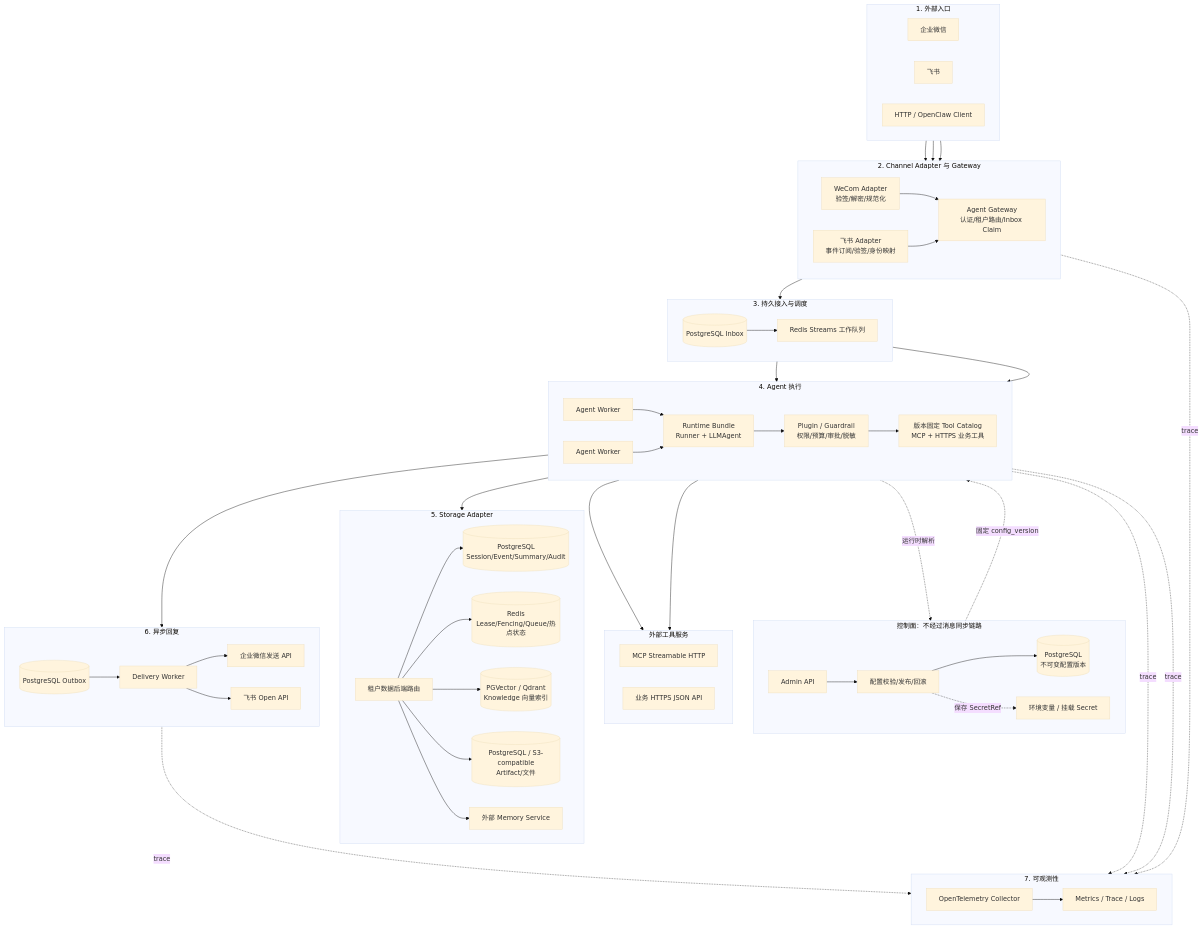
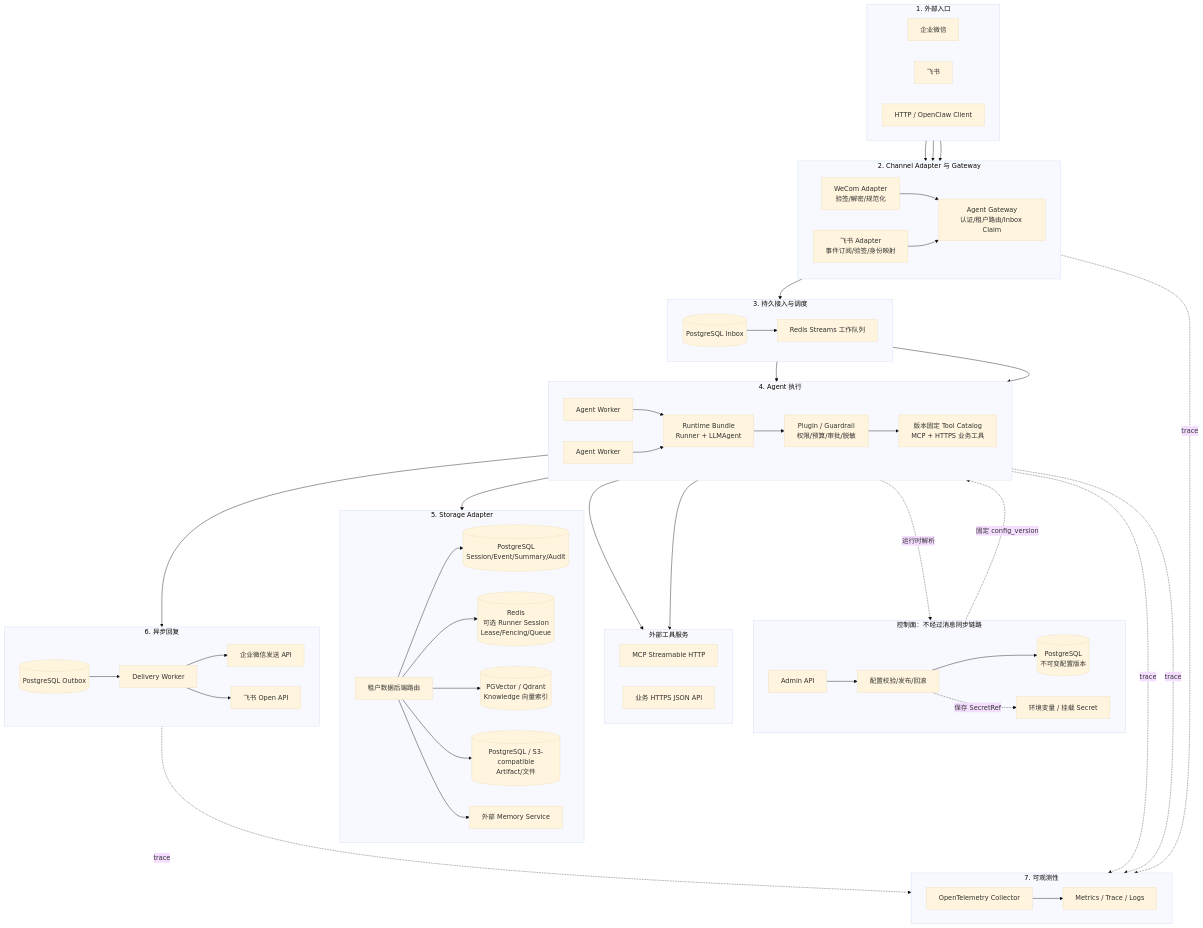
Before and after one commit to Skylm808/trpc-agent-service: the first of 2 diagrams in docs/architecture.md, drawn with Mermaid (base theme). The commit also changed other lines of this file and 30 other files, not shown here.

```diff
--- a/docs/architecture.md
+++ b/docs/architecture.md
@@ -61,7 +61,7 @@
         direction LR
         ROUTER[租户数据后端路由]
         PG[(PostgreSQL<br/>Session/Event/Summary/Audit)]
-        REDIS[(Redis<br/>Lease/Fencing/Queue/热点状态)]
+        REDIS[(Redis<br/>可选 Runner Session<br/>Lease/Fencing/Queue)]
         VECTOR[(PGVector / Qdrant<br/>Knowledge 向量索引)]
         OBJECT[(PostgreSQL / S3-compatible<br/>Artifact/文件)]
         MEMORY[外部 Memory Service]
```
